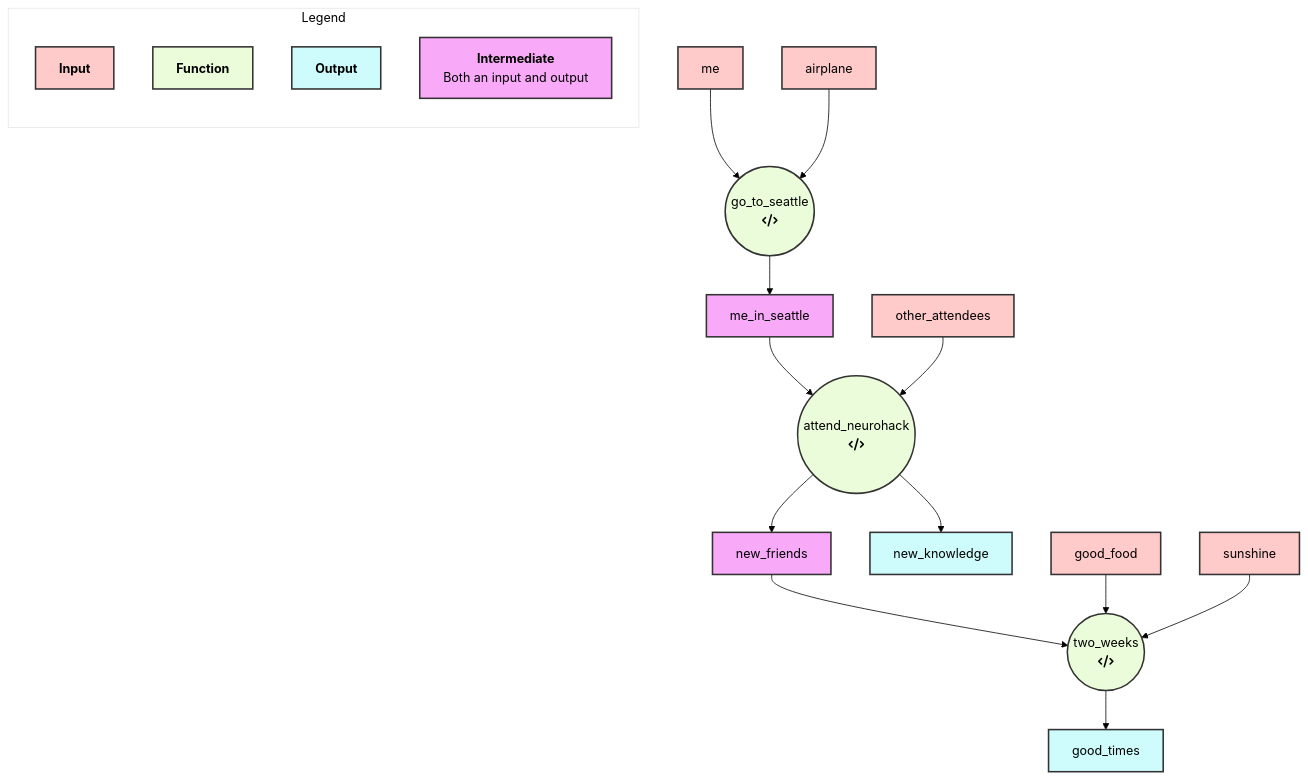
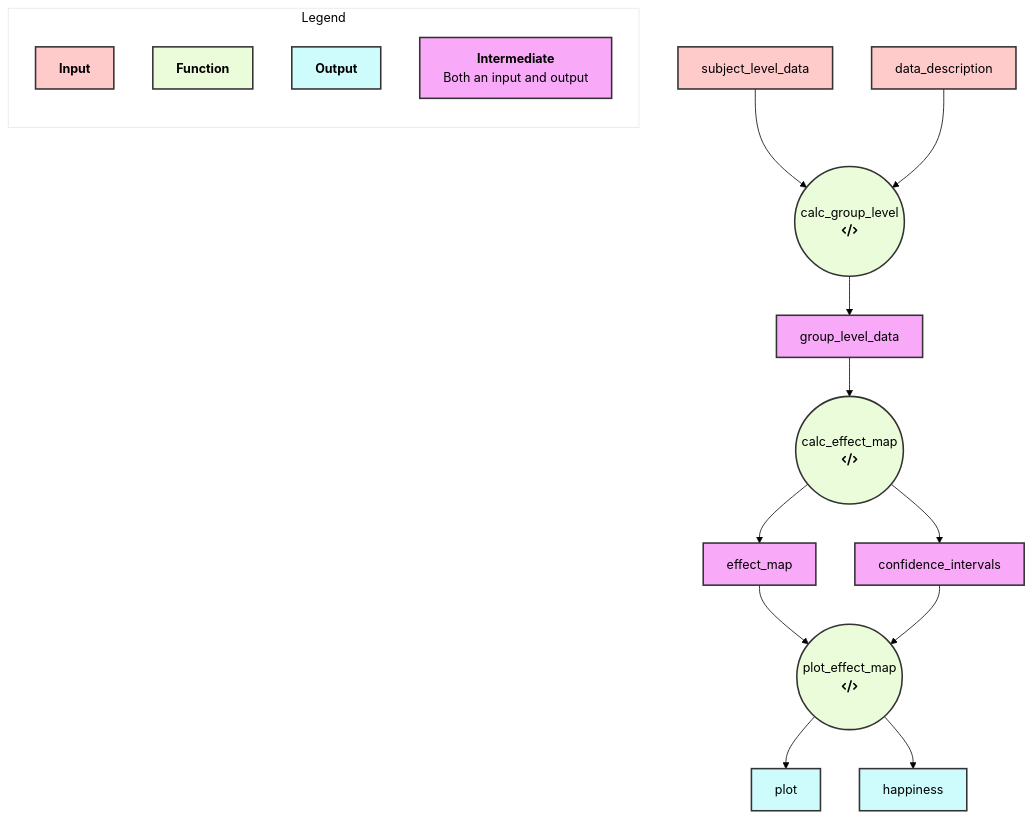
One commit to halleeshearer/scripts2viz changed the diagram in flowchart.mmd. Above: the diagram before and after it, drawn with Mermaid. The commit also changed 2 other files, not shown here.

Commit message:
Update README.md, flowchart.md, and/or flowchart.mmd with new Mermaid diagram

```diff
--- a/flowchart.mmd
+++ b/flowchart.mmd
@@ -1,58 +1,53 @@
  %%{init: {'theme':'base', 'themeVariables': {
   'primaryColor': '#ffcaca',
   'primaryTextColor': '#000',
   'primaryBorderColor': '#000000',
   'lineColor': '#000000',
   'tertiaryColor': '#fff'
 }}}%%
 graph TD
 classDef lightRed fill:#ffcaca,stroke:#333,stroke-width:2px;
 classDef lightGreen fill:#ebfcda,stroke:#333,stroke-width:2px;
 classDef lightBlue fill:#cefbfb,stroke:#333,stroke-width:2px;
 classDef lightPurple fill:#f8aaf8,stroke:#333,stroke-width:2px;
 
 subgraph Legend
     direction TB
     key1[<b>Input]:::lightRed
     key2[<b>Function]:::lightGreen
     key3[<b>Output]:::lightBlue
     key4[<b>Intermediate</b><br> Both an input and output]:::lightPurple
 end
-go_to_seattle(("go_to_seattle")):::lightGreen
-go_to_seattle(("go_to_seattle
+calc_group_level(("calc_group_level")):::lightGreen
+calc_group_level(("calc_group_level
  fa:fa-code"))
-me:::lightRed
-me --> go_to_seattle
-airplane:::lightRed
-airplane --> go_to_seattle
-me_in_seattle:::lightBlue
-go_to_seattle --> me_in_seattle
-attend_neurohack(("attend_neurohack")):::lightGreen
-attend_neurohack(("attend_neurohack
+subject_level_data:::lightRed
+subject_level_data --> calc_group_level
+data_description:::lightRed
+data_description --> calc_group_level
+group_level_data:::lightBlue
+calc_group_level --> group_level_data
+calc_effect_map(("calc_effect_map")):::lightGreen
+calc_effect_map(("calc_effect_map
  fa:fa-code"))
-me_in_seattle --> attend_neurohack
-other_attendees:::lightRed
-other_attendees --> attend_neurohack
-new_friends:::lightBlue
-attend_neurohack --> new_friends
-new_knowledge:::lightBlue
-attend_neurohack --> new_knowledge
-two_weeks(("two_weeks")):::lightGreen
-two_weeks(("two_weeks
+group_level_data --> calc_effect_map
+effect_map:::lightBlue
+calc_effect_map --> effect_map
+confidence_intervals:::lightBlue
+calc_effect_map --> confidence_intervals
+plot_effect_map(("plot_effect_map")):::lightGreen
+plot_effect_map(("plot_effect_map
  fa:fa-code"))
-new_friends --> two_weeks
-good_food:::lightRed
-good_food --> two_weeks
-sunshine:::lightRed
-sunshine --> two_weeks
-good_times:::lightBlue
-two_weeks --> good_times
-me:::lightRed
-airplane:::lightRed
-me_in_seattle:::lightPurple
-other_attendees:::lightRed
-new_friends:::lightPurple
-new_knowledge:::lightBlue
-good_food:::lightRed
-sunshine:::lightRed
-good_times:::lightBlue
+effect_map --> plot_effect_map
+confidence_intervals --> plot_effect_map
+plot:::lightBlue
+plot_effect_map --> plot
+happiness:::lightBlue
+plot_effect_map --> happiness
+subject_level_data:::lightRed
+data_description:::lightRed
+group_level_data:::lightPurple
+effect_map:::lightPurple
+confidence_intervals:::lightPurple
+plot:::lightBlue
+happiness:::lightBlue
```
